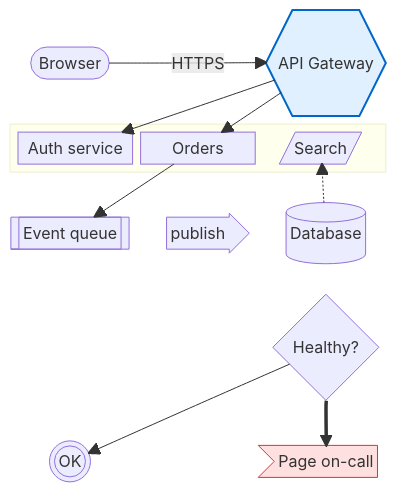
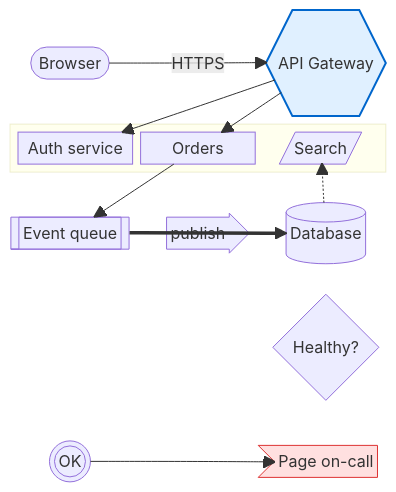
One commit to robog-two/mermaid-compiler-rust changed the diagram in examples/diagrams/block.mmd. Above: the diagram before and after it, drawn with Mermaid. The commit also changed 9 other files, not shown here.

First line of the commit message:
Match mermaid 12.3 on invalid input and error line numbers

```diff
--- a/examples/diagrams/block.mmd
+++ b/examples/diagrams/block.mmd
@@ -1,22 +1,22 @@
 block-beta
   columns 3
   client(["Browser"]) space gw{{"API Gateway"}}
   block:services:3
     columns 3
     auth["Auth service"] orders["Orders"] search[/"Search"/]
   end
   queue[["Event queue"]] arrow<["publish"]>(right) db[("Database")]
   space:2 decide{"Healthy?"}
   ok((("OK"))) space alert>"Page on-call"]
 
   client -- "HTTPS" --> gw
   gw --> auth
   gw --> orders
   orders --> queue
   db -.-> search
-  decide --> ok
-  decide ==> alert
+  ok --> alert
+  queue ==> db
 
   classDef warn fill:#ffe0e0,stroke:#d33,color:#600
   class alert warn
   style gw fill:#e0f0ff,stroke:#06c,stroke-width:2px
```
